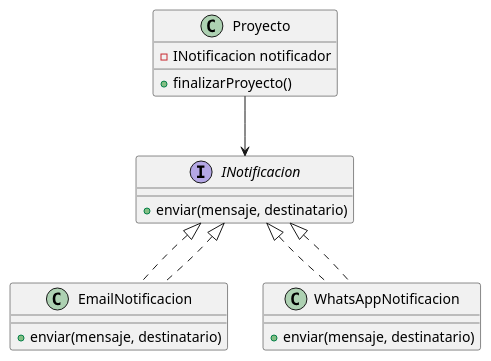
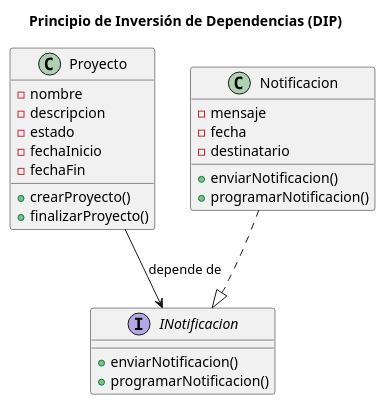
Before and after one commit to GonzaloBarbano/SistemaProductoraVideos: the diagram in diagramas/01-diagrama-clases/01-solid-05-dip.puml, drawn with PlantUML. The commit also changed 11 other files, not shown here.

```diff
--- a/diagramas/01-diagrama-clases/01-solid-05-dip.puml
+++ b/diagramas/01-diagrama-clases/01-solid-05-dip.puml
@@ -1,22 +1,30 @@
 @startuml
+title Principio de Inversión de Dependencias (DIP)
+
 interface INotificacion {
-  + enviar(mensaje, destinatario)
-}
-
-class EmailNotificacion implements INotificacion {
-  + enviar(mensaje, destinatario)
-}
-
-class WhatsAppNotificacion implements INotificacion {
-  + enviar(mensaje, destinatario)
+    +enviarNotificacion()
+    +programarNotificacion()
 }
 
 class Proyecto {
-  - INotificacion notificador
-  + finalizarProyecto()
+    -nombre
+    -descripcion
+    -estado
+    -fechaInicio
+    -fechaFin
+    +crearProyecto()
+    +finalizarProyecto()
 }
 
-Proyecto --> INotificacion
-INotificacion <|.. EmailNotificacion
-INotificacion <|.. WhatsAppNotificacion
+class Notificacion {
+    -mensaje
+    -fecha
+    -destinatario
+    +enviarNotificacion()
+    +programarNotificacion()
+}
+
+Proyecto --> INotificacion : depende de 
+Notificacion ..|> INotificacion
+
 @enduml
```
